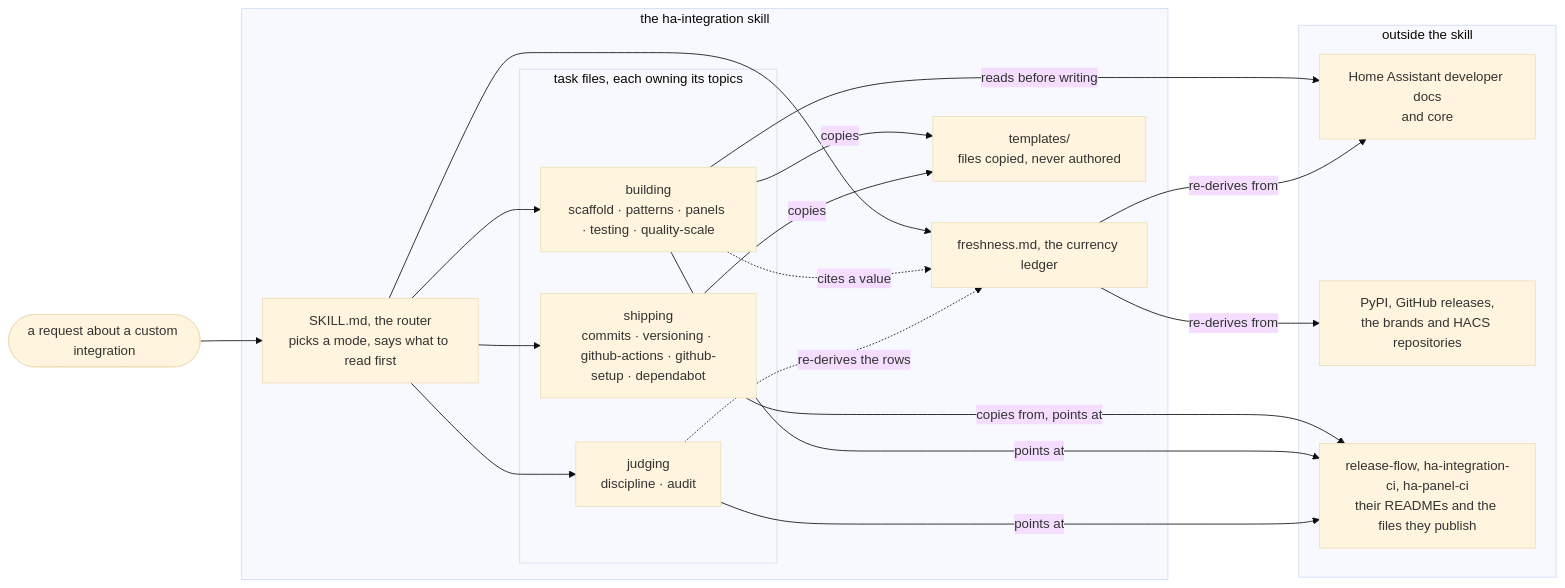
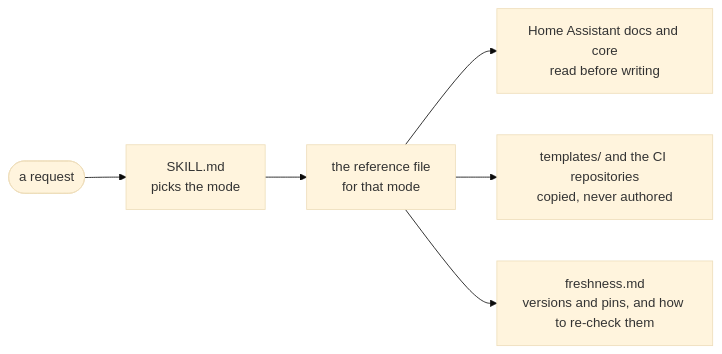
Before and after one commit to PineappleEmperor/ha-skills: the diagram in README.md, drawn with Mermaid (base theme). The commit also changed other lines of this file, not shown here.

Commit message:
docs: cut the README to what an installer needs

````diff
--- a/README.md
+++ b/README.md
@@ -29,36 +29,8 @@
 ```mermaid
 flowchart LR
-    request([a request about a custom integration]) --> router
-
-    subgraph skill["the ha-integration skill"]
-        router["SKILL.md, the router<br/>picks a mode, says what to read first"]
-        subgraph task["task files, each owning its topics"]
-            build["building<br/>scaffold · patterns · panels · testing · quality-scale"]
-            ship["shipping<br/>commits · versioning · github-actions · github-setup · dependabot"]
-            judge["judging<br/>discipline · audit"]
-        end
-        ledger["freshness.md, the currency ledger"]
-        templates["templates/<br/>files copied, never authored"]
-    end
-
-    subgraph outside["outside the skill"]
-        docs["Home Assistant developer docs<br/>and core"]
-        upstream["PyPI, GitHub releases,<br/>the brands and HACS repositories"]
-        ci["release-flow, ha-integration-ci, ha-panel-ci<br/>their READMEs and the files they publish"]
-    end
-
-    router --> build
-    router --> ship
-    router --> judge
-    router --> ledger
-    build -- reads before writing --> docs
-    build -- copies --> templates
-    ship -- copies --> templates
-    ship -- copies from, points at --> ci
-    build -- points at --> ci
-    judge -- points at --> ci
-    build -. cites a value .-> ledger
-    judge -. re-derives the rows .-> ledger
-    ledger -- re-derives from --> docs
-    ledger -- re-derives from --> upstream
+    request([a request]) --> router["SKILL.md<br/>picks the mode"]
+    router --> file["the reference file<br/>for that mode"]
+    file --> docs["Home Assistant docs and core<br/>read before writing"]
+    file --> copies["templates/ and the CI repositories<br/>copied, never authored"]
+    file --> ledger["freshness.md<br/>versions and pins, and how to re-check them"]
 ```
````
